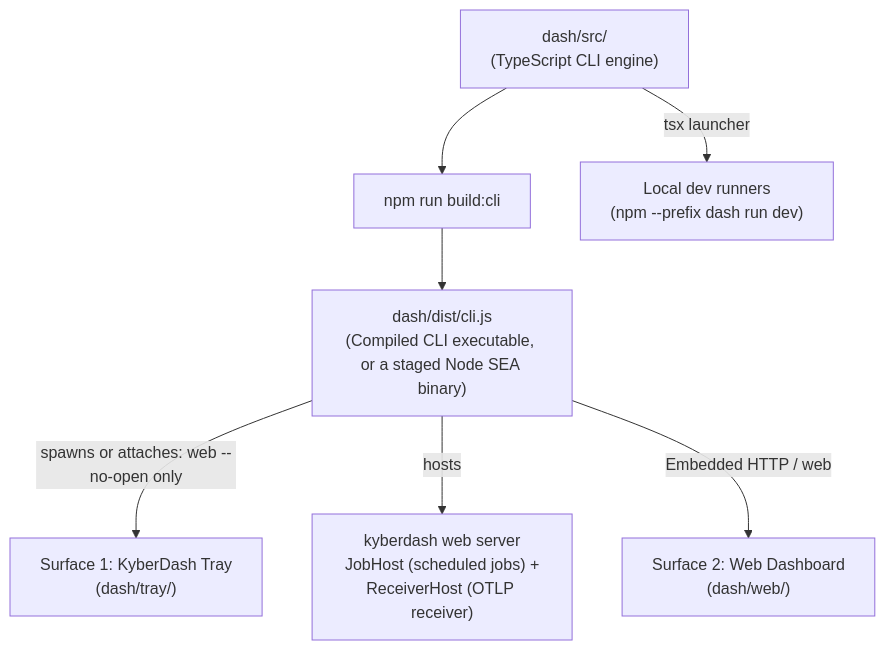
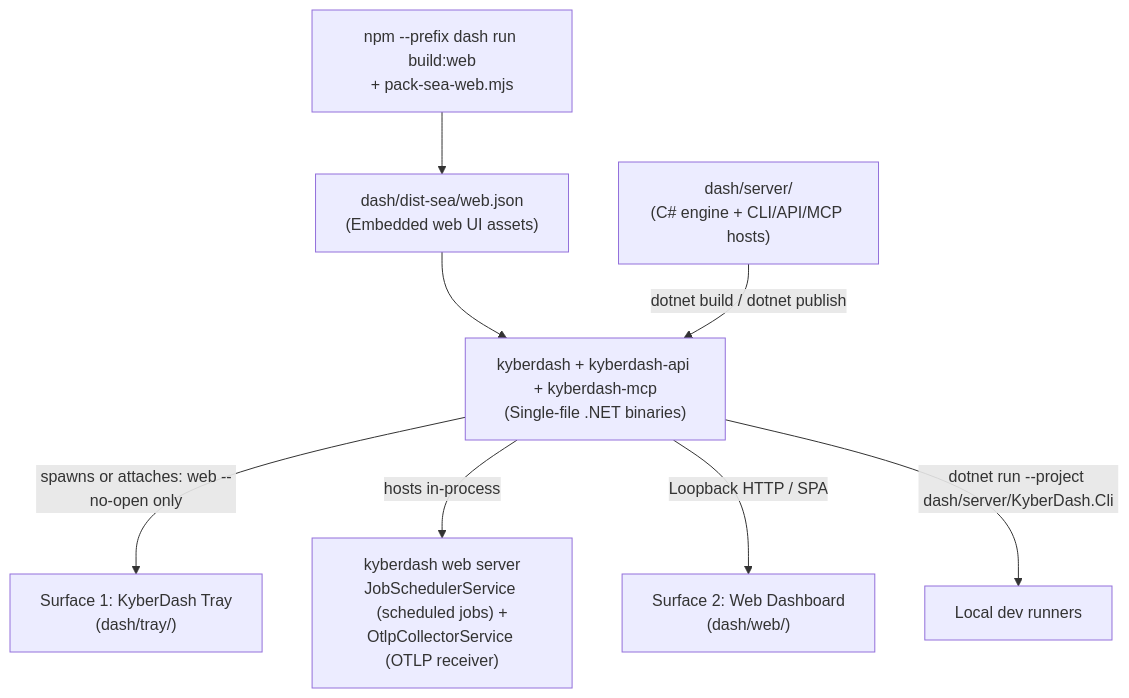
The first of 2 diagrams in docs/dash/runbook.md (dpalfery/kyber-weave), drawn with Mermaid before and after one commit. The commit also changed other lines of this file and 1207 other files, not shown here.

Commit message:
feat(dash): cut over KyberDash to Clean Architecture C# solution and retire legacy engine

````diff
--- a/docs/dash/runbook.md
+++ b/docs/dash/runbook.md
@@ -88,13 +93,15 @@
 ```mermaid
 flowchart TD
-    CLI_SRC["dash/src/<br/>(TypeScript CLI engine)"]
-    BUILD["npm run build:cli"]
-    CLI_DIST["dash/dist/cli.js<br/>(Compiled CLI executable, or a staged Node SEA binary)"]
+    UI_BUILD["npm --prefix dash run build:web<br/>+ pack-sea-web.mjs"]
+    WEB_JSON["dash/dist-sea/web.json<br/>(Embedded web UI assets)"]
+    CLI_SRC["dash/server/<br/>(C# engine + CLI/API/MCP hosts)"]
+    CLI_DIST["kyberdash + kyberdash-api + kyberdash-mcp<br/>(Single-file .NET binaries)"]
 
-    CLI_SRC --> BUILD --> CLI_DIST
+    UI_BUILD --> WEB_JSON --> CLI_DIST
+    CLI_SRC -->|"dotnet build / dotnet publish"| CLI_DIST
 
     CLI_DIST -->|"spawns or attaches: web --no-open only"| TRAY["Surface 1: KyberDash Tray<br/>(dash/tray/)"]
-    CLI_DIST -->|"hosts"| SERVER["kyberdash web server<br/>JobHost (scheduled jobs) +<br/>ReceiverHost (OTLP receiver)"]
-    CLI_DIST -->|"Embedded HTTP / web"| WEB["Surface 2: Web Dashboard<br/>(dash/web/)"]
-    CLI_SRC -->|"tsx launcher"| DEV["Local dev runners<br/>(npm --prefix dash run dev)"]
+    CLI_DIST -->|"hosts in-process"| SERVER["kyberdash web server<br/>JobSchedulerService (scheduled jobs) +<br/>OtlpCollectorService (OTLP receiver)"]
+    CLI_DIST -->|"Loopback HTTP / SPA"| WEB["Surface 2: Web Dashboard<br/>(dash/web/)"]
+    CLI_DIST -->|"dotnet run --project dash/server/KyberDash.Cli"| DEV["Local dev runners"]
 ```
````
